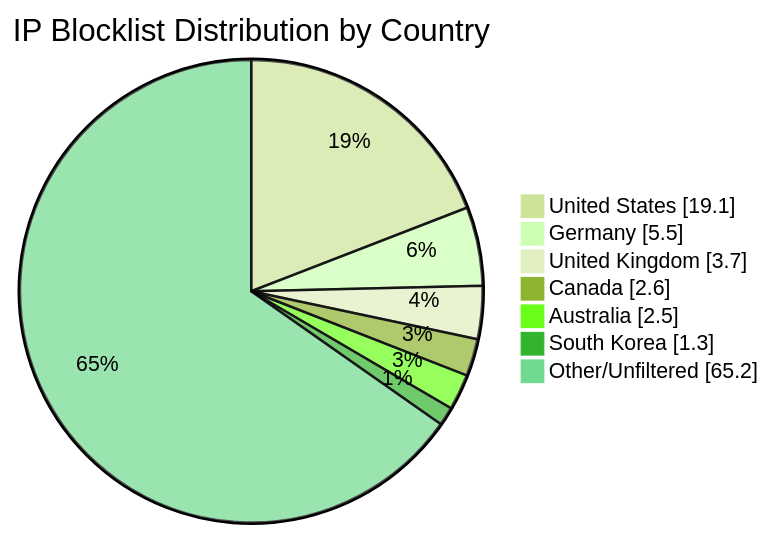
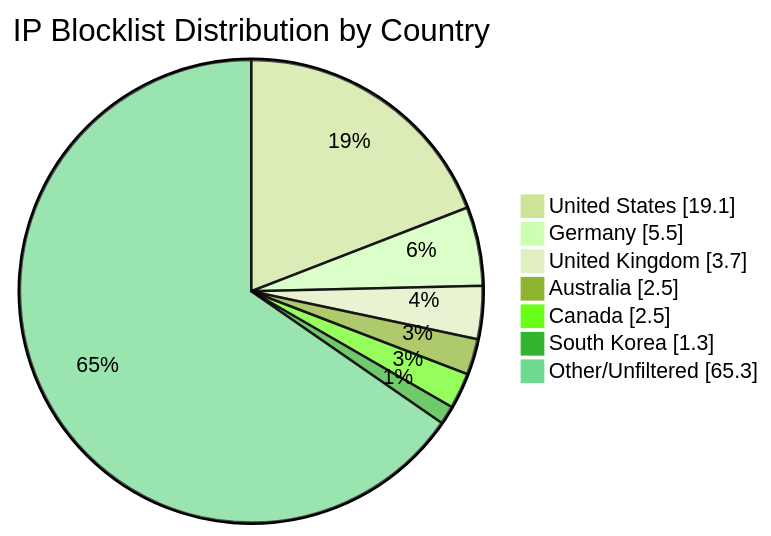
One commit to MarcusHoltz/ipblocklist-geofiltered-aggregator changed the diagram in README.md. Above: the diagram before and after it, drawn with Mermaid (forest theme). The commit also changed other lines of this file and 9 other files, not shown here.

````diff
--- a/README.md
+++ b/README.md
@@ -34,10 +34,10 @@
 ```mermaid
 pie showData title IP Blocklist Distribution by Country
 "United States" : 19.1
 "Germany" : 5.5
 "United Kingdom" : 3.7
-"Canada" : 2.6
 "Australia" : 2.5
+"Canada" : 2.5
 "South Korea" : 1.3
-"Other/Unfiltered" : 65.2
+"Other/Unfiltered" : 65.3
 ```
````
